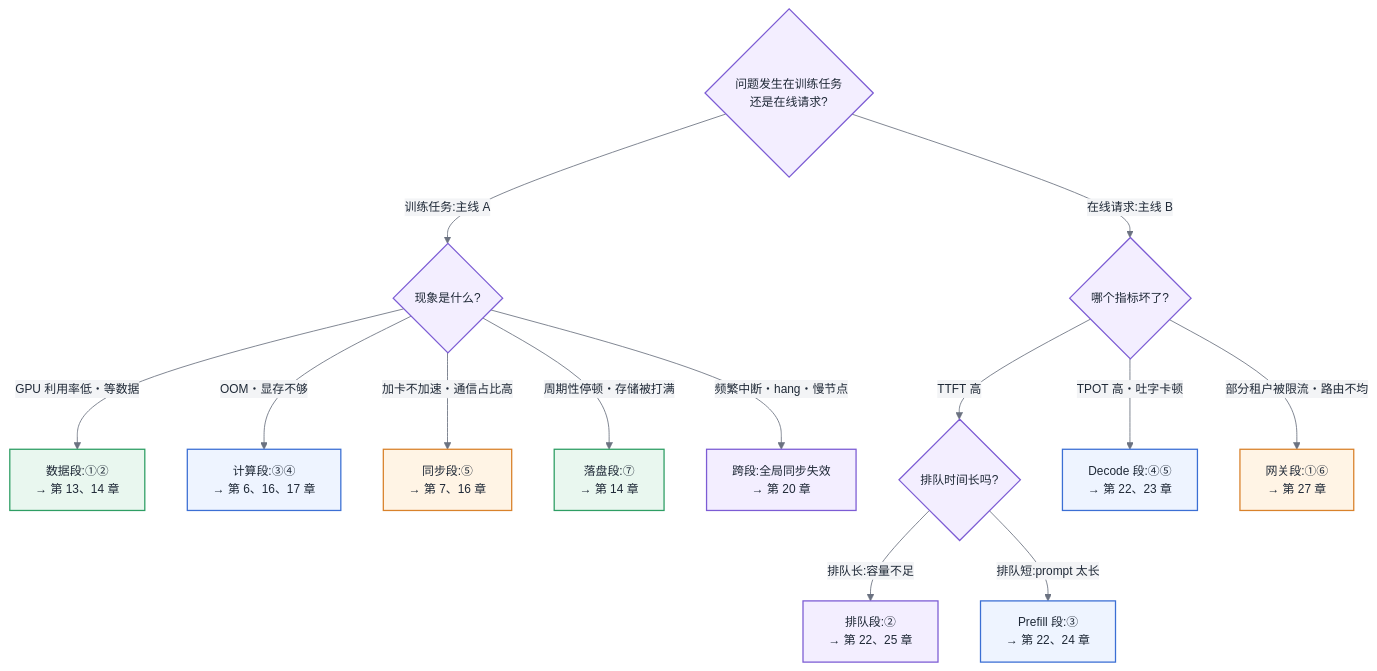
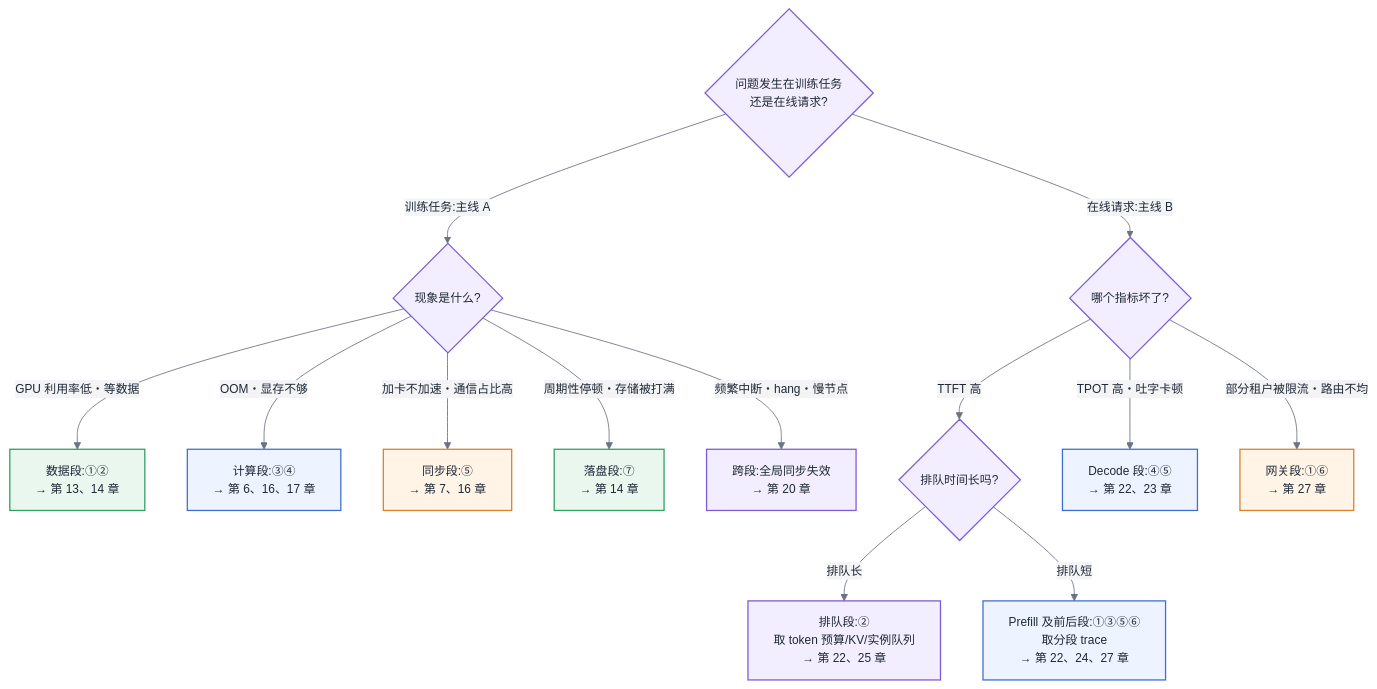
The third of 3 diagrams in 第一部分-基础与心智模型/第02章-两条主线解剖与框架地图.md (cdavid817/AI-Infra), drawn with Mermaid before and after one commit. The commit also changed other lines of this file and 55 other files, not shown here.

````diff
--- a/第一部分-基础与心智模型/第02章-两条主线解剖与框架地图.md
+++ b/第一部分-基础与心智模型/第02章-两条主线解剖与框架地图.md
@@ -237,28 +260,28 @@
 ```mermaid
 %%{init: {'theme':'base','themeVariables':{
   'primaryColor':'#EEF4FF','primaryBorderColor':'#3B6FD4','primaryTextColor':'#1F2937',
   'secondaryColor':'#F3F4F6','tertiaryColor':'#FFFFFF',
   'lineColor':'#6B7280','fontFamily':'-apple-system, Segoe UI, Helvetica, Arial, sans-serif','fontSize':'14px'
 }}}%%
 flowchart TB
   classDef sched fill:#F3EEFF,stroke:#7C5CD4,stroke-width:1.5px,color:#1F2937
   classDef compute fill:#EEF4FF,stroke:#3B6FD4,stroke-width:1.5px,color:#1F2937
   classDef comm fill:#FFF4E5,stroke:#D9822B,stroke-width:1.5px,color:#1F2937
   classDef storage fill:#E9F7EF,stroke:#2E9E64,stroke-width:1.5px,color:#1F2937
 
   Q0{问题发生在训练任务<br/>还是在线请求?}:::sched
   Q0 -->|训练任务:主线 A| QA{现象是什么?}:::sched
   Q0 -->|在线请求:主线 B| QB{哪个指标坏了?}:::sched
 
   QA -->|GPU 利用率低・等数据| A1[数据段:①②<br/>→ 第 13、14 章]:::storage
   QA -->|OOM・显存不够| A2[计算段:③④<br/>→ 第 6、16、17 章]:::compute
   QA -->|加卡不加速・通信占比高| A3[同步段:⑤<br/>→ 第 7、16 章]:::comm
   QA -->|周期性停顿・存储被打满| A4[落盘段:⑦<br/>→ 第 14 章]:::storage
   QA -->|频繁中断・hang・慢节点| A5[跨段:全局同步失效<br/>→ 第 20 章]:::sched
 
   QB -->|TTFT 高| B1{排队时间长吗?}:::sched
-  B1 -->|排队长:容量不足| B2[排队段:②<br/>→ 第 22、25 章]:::sched
-  B1 -->|排队短:prompt 太长| B3[Prefill 段:③<br/>→ 第 22、24 章]:::compute
+  B1 -->|排队长| B2[排队段:②<br/>取 token 预算/KV/实例队列<br/>→ 第 22、25 章]:::sched
+  B1 -->|排队短| B3[Prefill 及前后段:①③⑤⑥<br/>取分段 trace<br/>→ 第 22、24、27 章]:::compute
   QB -->|TPOT 高・吐字卡顿| B4[Decode 段:④⑤<br/>→ 第 22、23 章]:::compute
   QB -->|部分租户被限流・路由不均| B5[网关段:①⑥<br/>→ 第 27 章]:::comm
 ```
````
